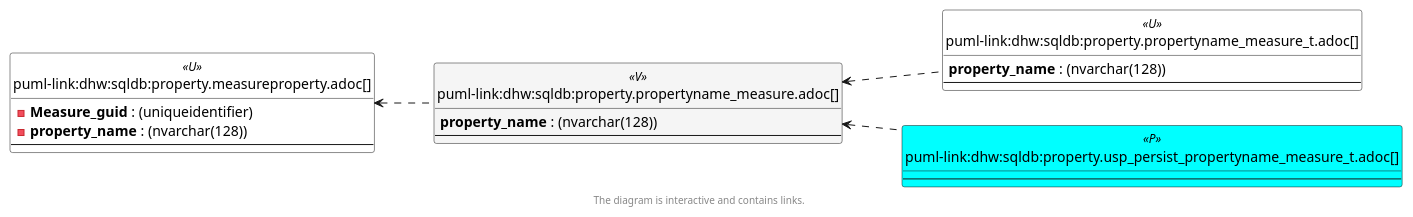
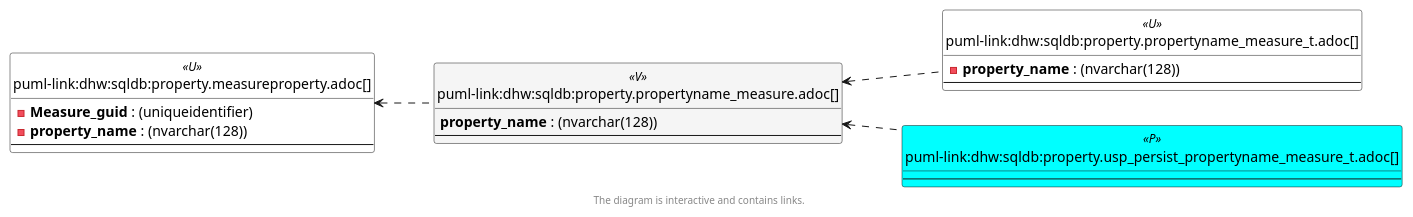
The third of 6 diagrams in docs/modules/sqldb/partials/content/property.propertyname_measure.adoc (DataHandwerk/dhw-antora-sqldb), drawn with PlantUML before and after one commit. The commit also changed other lines of this file and 641 other files, not shown here.

```diff
--- a/docs/modules/sqldb/partials/content/property.propertyname_measure.adoc
+++ b/docs/modules/sqldb/partials/content/property.propertyname_measure.adoc
@@ -543,58 +543,58 @@
 [plantuml, entity_1_1_objectref-{docname}, svg, subs=macros]
 ....
 @startuml
 left to right direction
 'top to bottom direction
 hide circle
 'avoide "." issues:
 set namespaceSeparator none
 
 
 skinparam class {
   BackgroundColor White
   BackgroundColor<<FN>> Yellow
   BackgroundColor<<FS>> Yellow
   BackgroundColor<<FT>> LightGray
   BackgroundColor<<IF>> Yellow
   BackgroundColor<<IS>> Yellow
   BackgroundColor<<P>>  Aqua
   BackgroundColor<<PC>> Aqua
   BackgroundColor<<SN>> Yellow
   BackgroundColor<<SO>> SlateBlue
   BackgroundColor<<TF>> LightGray
   BackgroundColor<<TR>> Tomato
   BackgroundColor<<U>>  White
   BackgroundColor<<V>>  WhiteSmoke
   BackgroundColor<<X>>  Aqua
   BackgroundColor<<external>> AliceBlue
 }
 
 
 entity "puml-link:dhw:sqldb:property.measureproperty.adoc[]" as property.MeasureProperty << U >> {
   - **Measure_guid** : (uniqueidentifier)
   - **property_name** : (nvarchar(128))
   --
 }
 
 entity "puml-link:dhw:sqldb:property.propertyname_measure.adoc[]" as property.PropertyName_Measure << V >> {
   **property_name** : (nvarchar(128))
   --
 }
 
 entity "puml-link:dhw:sqldb:property.propertyname_measure_t.adoc[]" as property.PropertyName_Measure_T << U >> {
-  **property_name** : (nvarchar(128))
+  - **property_name** : (nvarchar(128))
   --
 }
 
 entity "puml-link:dhw:sqldb:property.usp_persist_propertyname_measure_t.adoc[]" as property.usp_PERSIST_PropertyName_Measure_T << P >> {
   --
 }
 
 property.MeasureProperty <.. property.PropertyName_Measure
 property.PropertyName_Measure <.. property.PropertyName_Measure_T
 property.PropertyName_Measure <.. property.usp_PERSIST_PropertyName_Measure_T
 
 footer The diagram is interactive and contains links.
 
 @enduml
 ....
```
